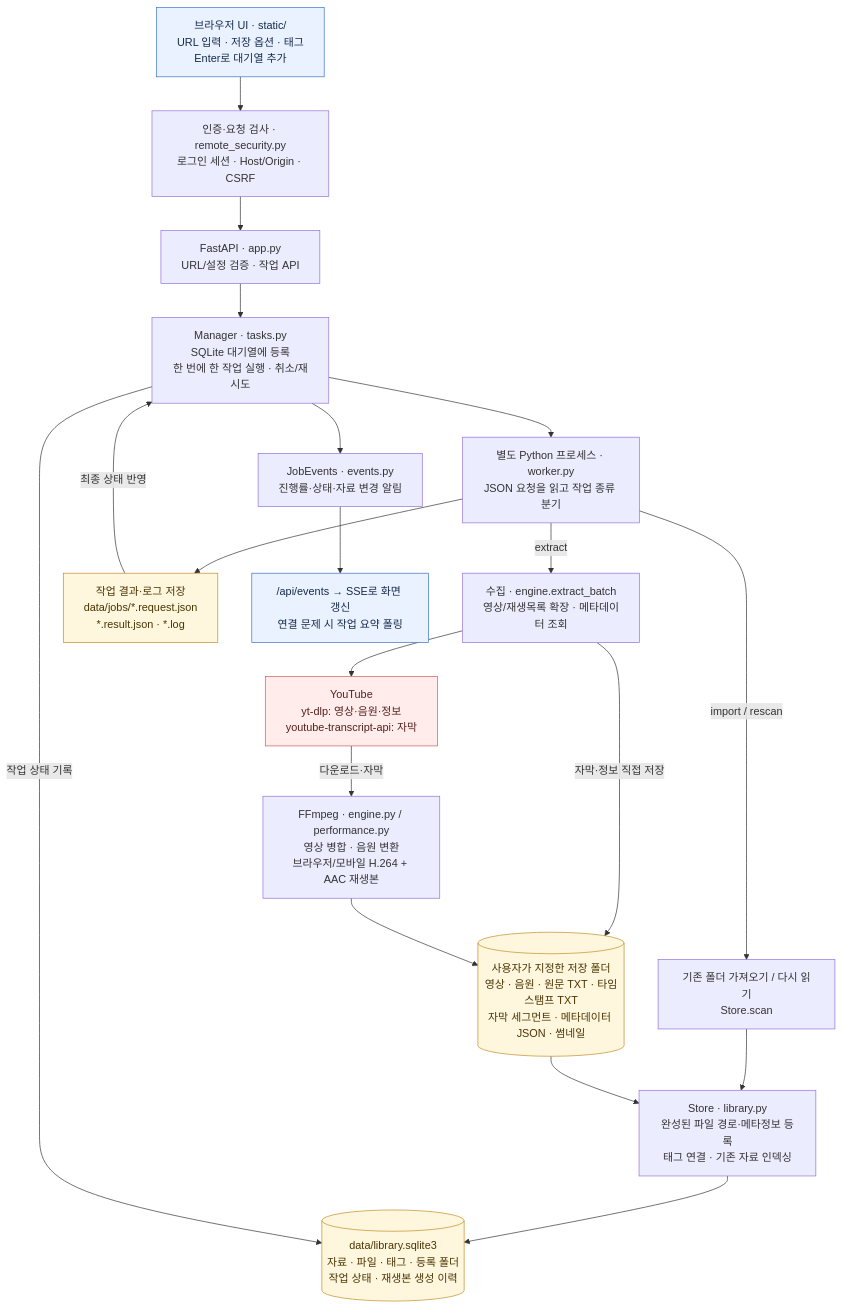
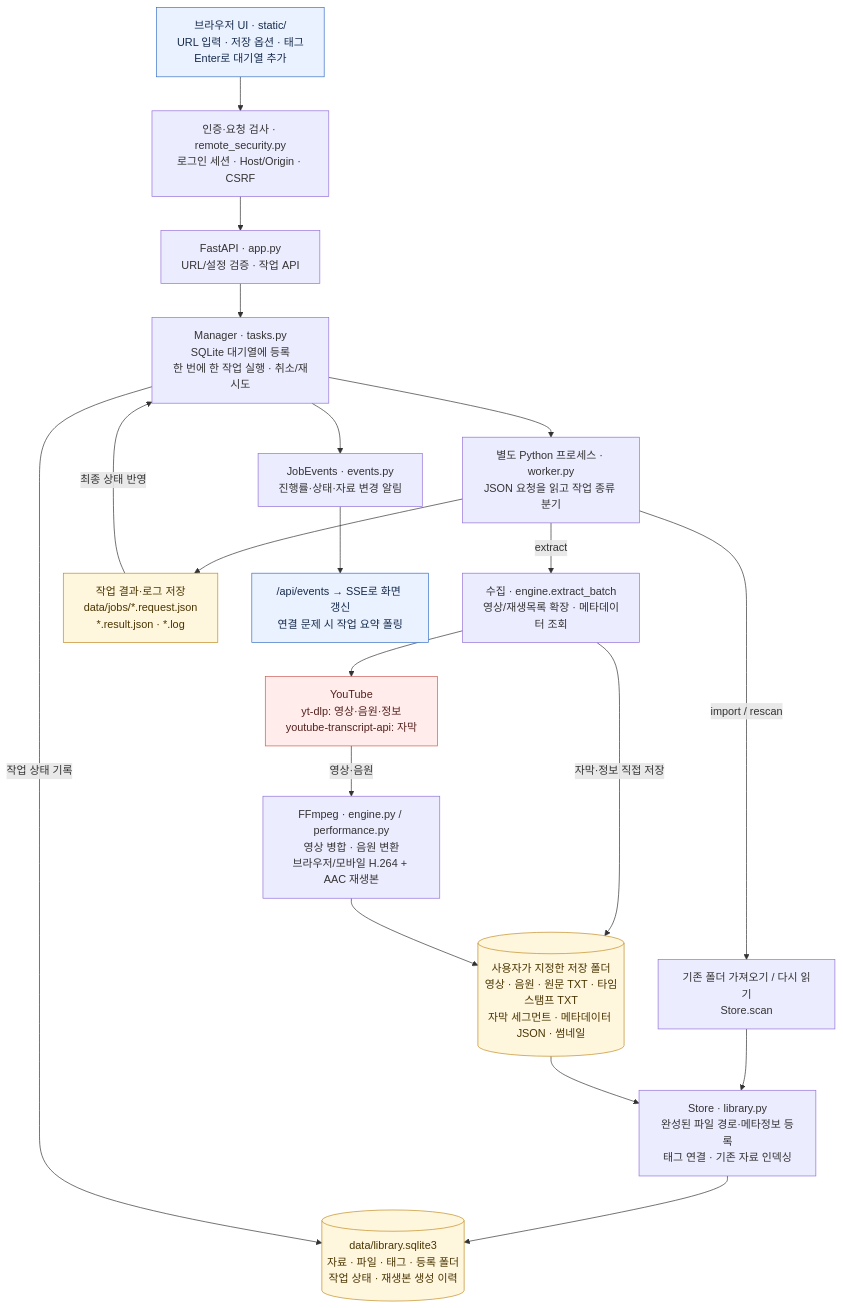
One commit to zidudu/26_-AI- changed the second of 4 diagrams in 20261001_youtube_media_library_v8_beta2/README.md. Above: the diagram before and after it, drawn with Mermaid.

Commit message:
Clarify media conversion path in system diagram

````diff
--- a/20261001_youtube_media_library_v8_beta2/README.md
+++ b/20261001_youtube_media_library_v8_beta2/README.md
@@ -69,44 +69,44 @@
 ```mermaid
 flowchart TB
     UI["브라우저 UI · static/<br/>URL 입력 · 저장 옵션 · 태그<br/>Enter로 대기열 추가"]
     Security["인증·요청 검사 · remote_security.py<br/>로그인 세션 · Host/Origin · CSRF"]
     API["FastAPI · app.py<br/>URL/설정 검증 · 작업 API"]
     Manager["Manager · tasks.py<br/>SQLite 대기열에 등록<br/>한 번에 한 작업 실행 · 취소/재시도"]
     Worker["별도 Python 프로세스 · worker.py<br/>JSON 요청을 읽고 작업 종류 분기"]
     Extract["수집 · engine.extract_batch<br/>영상/재생목록 확장 · 메타데이터 조회"]
     Online["YouTube<br/>yt-dlp: 영상·음원·정보<br/>youtube-transcript-api: 자막"]
     FFmpeg["FFmpeg · engine.py / performance.py<br/>영상 병합 · 음원 변환<br/>브라우저/모바일 H.264 + AAC 재생본"]
     Files[("사용자가 지정한 저장 폴더<br/>영상 · 음원 · 원문 TXT · 타임스탬프 TXT<br/>자막 세그먼트 · 메타데이터 JSON · 썸네일")]
     Import["기존 폴더 가져오기 / 다시 읽기<br/>Store.scan"]
     Index["Store · library.py<br/>완성된 파일 경로·메타정보 등록<br/>태그 연결 · 기존 자료 인덱싱"]
     DB[("data/library.sqlite3<br/>자료 · 파일 · 태그 · 등록 폴더<br/>작업 상태 · 재생본 생성 이력")]
     Result["작업 결과·로그 저장<br/>data/jobs/*.request.json<br/>*.result.json · *.log"]
     Events["JobEvents · events.py<br/>진행률·상태·자료 변경 알림"]
     Refresh["/api/events → SSE로 화면 갱신<br/>연결 문제 시 작업 요약 폴링"]
 
     UI --> Security
     Security --> API
     API --> Manager
     Manager --> Worker
     Worker -->|extract| Extract
     Extract --> Online
-    Online -->|다운로드·자막| FFmpeg
+    Online -->|영상·음원| FFmpeg
     Extract -->|자막·정보 직접 저장| Files
     FFmpeg --> Files
     Worker -->|import / rescan| Import
     Import --> Index
     Files --> Index
     Index --> DB
     Manager -->|작업 상태 기록| DB
     Worker --> Result
     Result -->|최종 상태 반영| Manager
     Manager --> Events
     Events --> Refresh
 
     classDef ui fill:#eaf2ff,stroke:#3971c6,color:#172b4d;
     classDef external fill:#ffeceb,stroke:#cb5b55,color:#54211e;
     classDef data fill:#fff6de,stroke:#c28c22,color:#493500;
     class UI,Refresh ui;
     class Online external;
     class Files,DB,Result data;
 ```
````
